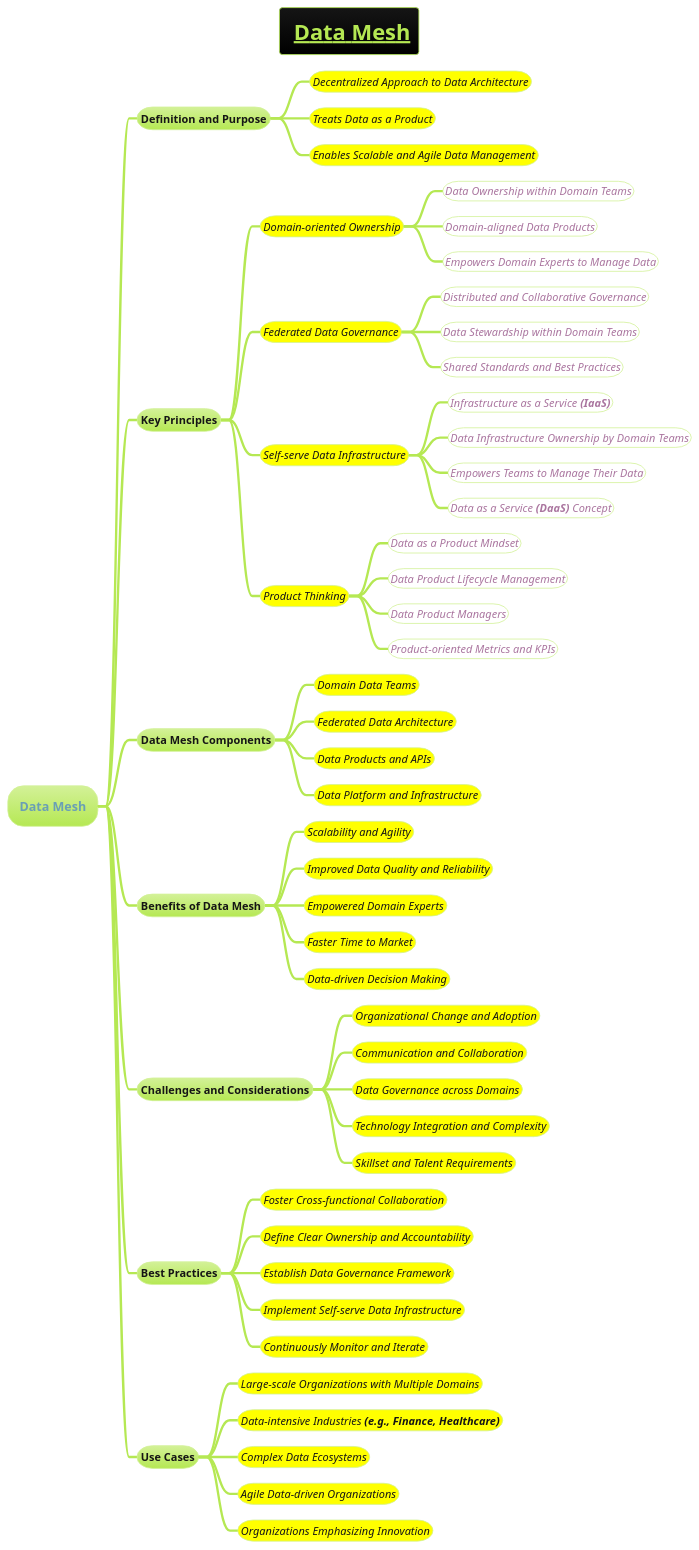
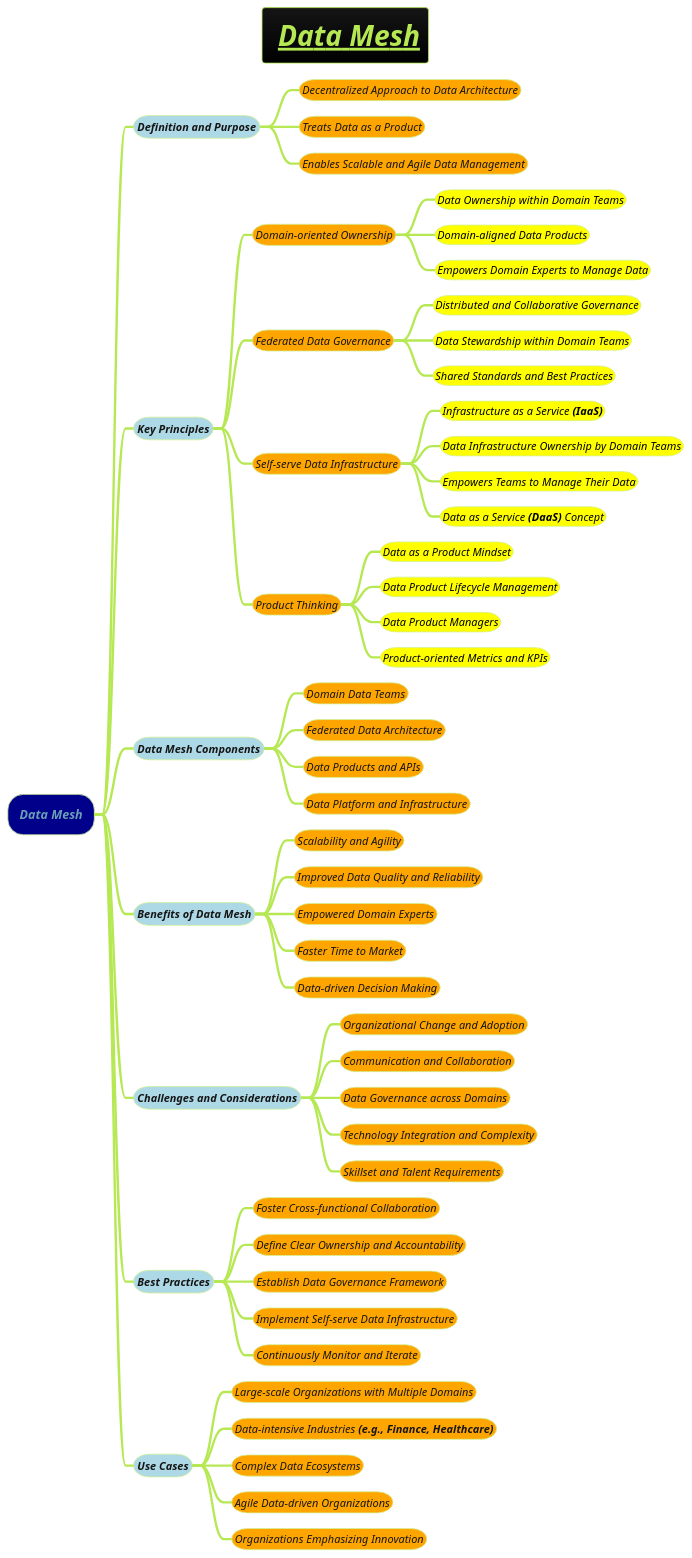
One commit to MehmoodHashmi/Documentation-as-Code-DaC changed the diagram in docs/AI-ML- DL-Data-Science-and-BigData/data-science/data-engineering/data-storage-and-management/Data-Mesh.puml. Above: the diagram before and after it, drawn with PlantUML. The commit also changed 24 other files, not shown here.

```diff
--- a/docs/AI-ML- DL-Data-Science-and-BigData/data-science/data-engineering/data-storage-and-management/Data-Mesh.puml
+++ b/docs/AI-ML- DL-Data-Science-and-BigData/data-science/data-engineering/data-storage-and-management/Data-Mesh.puml
@@ -1,77 +1,69 @@
 @startmindmap
-skinparam node {
-    BorderColor DarkSlateGray
-    BackgroundColor LightCyan
-    FontStyle italic
-}
-skinparam connector {
-    Color DarkSlateGray
-    FontStyle Bold
-}
+
 !theme hacker
-title =__ Data Mesh__
-* Data Mesh
+title =<i><u><b> Data Mesh
+*[#darkblue] <i>Data Mesh
 
-** Definition and Purpose
-***[#yellow] ====<size:14>Decentralized Approach to Data Architecture
-***[#yellow] ====<size:14>Treats Data as a Product
-***[#yellow] ====<size:14>Enables Scalable and Agile Data Management
+**[#lightblue] <i><size:14>Definition and Purpose
+***[#orange] <i><size:14>Decentralized Approach to Data Architecture
+***[#orange] <i><size:14>Treats Data as a Product
+***[#orange] <i><size:14>Enables Scalable and Agile Data Management
 
-** Key Principles
-***[#yellow] ====<size:14>Domain-oriented Ownership
-****[#white] ====<size:14>Data Ownership within Domain Teams
-****[#white] ====<size:14>Domain-aligned Data Products
-****[#white] ====<size:14>Empowers Domain Experts to Manage Data
+**[#lightblue] <i><size:14>Key Principles
+***[#orange] <i><size:14>Domain-oriented Ownership
+****[#yellow] <color #black><i><size:14>Data Ownership within Domain Teams
+****[#yellow] <color #black><i><size:14>Domain-aligned Data Products
+****[#yellow] <color #black><i><size:14>Empowers Domain Experts to Manage Data
 
-***[#yellow] ====<size:14>Federated Data Governance
-****[#white] ====<size:14>Distributed and Collaborative Governance
-****[#white] ====<size:14>Data Stewardship within Domain Teams
-****[#white] ====<size:14>Shared Standards and Best Practices
+***[#orange] <i><size:14>Federated Data Governance
+****[#yellow] <color #black><i><size:14>Distributed and Collaborative Governance
+****[#yellow] <color #black><i><size:14>Data Stewardship within Domain Teams
+****[#yellow] <color #black><i><size:14>Shared Standards and Best Practices
 
-***[#yellow] ====<size:14>Self-serve Data Infrastructure
-****[#white] ====<size:14>Infrastructure as a Service **(IaaS)**
-****[#white] ====<size:14>Data Infrastructure Ownership by Domain Teams
-****[#white] ====<size:14>Empowers Teams to Manage Their Data
-****[#white] ====<size:14>Data as a Service **(DaaS)** Concept
+***[#orange] <i><size:14>Self-serve Data Infrastructure
+****[#yellow] <color #black><i><size:14>Infrastructure as a Service **(IaaS)**
+****[#yellow] <color #black><i><size:14>Data Infrastructure Ownership by Domain Teams
+****[#yellow] <color #black><i><size:14>Empowers Teams to Manage Their Data
+****[#yellow] <color #black><i><size:14>Data as a Service **(DaaS)** Concept
 
-***[#yellow] ====<size:14>Product Thinking
-****[#white] ====<size:14>Data as a Product Mindset
-****[#white] ====<size:14>Data Product Lifecycle Management
-****[#white] ====<size:14>Data Product Managers
-****[#white] ====<size:14>Product-oriented Metrics and KPIs
+***[#orange] <i><size:14>Product Thinking
+****[#yellow] <color #black><i><size:14>Data as a Product Mindset
+****[#yellow] <color #black><i><size:14>Data Product Lifecycle Management
+****[#yellow] <color #black><i><size:14>Data Product Managers
+****[#yellow] <color #black><i><size:14>Product-oriented Metrics and KPIs
 
-** Data Mesh Components
-***[#yellow] ====<size:14>Domain Data Teams
-***[#yellow] ====<size:14>Federated Data Architecture
-***[#yellow] ====<size:14>Data Products and APIs
-***[#yellow] ====<size:14>Data Platform and Infrastructure
+**[#lightblue] <i><size:14>Data Mesh Components
+***[#orange] <i><size:14>Domain Data Teams
+***[#orange] <i><size:14>Federated Data Architecture
+***[#orange] <i><size:14>Data Products and APIs
+***[#orange] <i><size:14>Data Platform and Infrastructure
 
-** Benefits of Data Mesh
-***[#yellow] ====<size:14>Scalability and Agility
-***[#yellow] ====<size:14>Improved Data Quality and Reliability
-***[#yellow] ====<size:14>Empowered Domain Experts
-***[#yellow] ====<size:14>Faster Time to Market
-***[#yellow] ====<size:14>Data-driven Decision Making
+**[#lightblue] <i><size:14>Benefits of Data Mesh
+***[#orange] <i><size:14>Scalability and Agility
+***[#orange] <i><size:14>Improved Data Quality and Reliability
+***[#orange] <i><size:14>Empowered Domain Experts
+***[#orange] <i><size:14>Faster Time to Market
+***[#orange] <i><size:14>Data-driven Decision Making
 
-** Challenges and Considerations
-***[#yellow] ====<size:14>Organizational Change and Adoption
-***[#yellow] ====<size:14>Communication and Collaboration
-***[#yellow] ====<size:14>Data Governance across Domains
-***[#yellow] ====<size:14>Technology Integration and Complexity
-***[#yellow] ====<size:14>Skillset and Talent Requirements
+**[#lightblue] <i><size:14>Challenges and Considerations
+***[#orange] <i><size:14>Organizational Change and Adoption
+***[#orange] <i><size:14>Communication and Collaboration
+***[#orange] <i><size:14>Data Governance across Domains
+***[#orange] <i><size:14>Technology Integration and Complexity
+***[#orange] <i><size:14>Skillset and Talent Requirements
 
-** Best Practices
-***[#yellow] ====<size:14>Foster Cross-functional Collaboration
-***[#yellow] ====<size:14>Define Clear Ownership and Accountability
-***[#yellow] ====<size:14>Establish Data Governance Framework
-***[#yellow] ====<size:14>Implement Self-serve Data Infrastructure
-***[#yellow] ====<size:14>Continuously Monitor and Iterate
+**[#lightblue] <i><size:14>Best Practices
+***[#orange] <i><size:14>Foster Cross-functional Collaboration
+***[#orange] <i><size:14>Define Clear Ownership and Accountability
+***[#orange] <i><size:14>Establish Data Governance Framework
+***[#orange] <i><size:14>Implement Self-serve Data Infrastructure
+***[#orange] <i><size:14>Continuously Monitor and Iterate
 
-** Use Cases
-***[#yellow] ====<size:14>Large-scale Organizations with Multiple Domains
-***[#yellow] ====<size:14>Data-intensive Industries **(e.g., Finance, Healthcare)**
-***[#yellow] ====<size:14>Complex Data Ecosystems
-***[#yellow] ====<size:14>Agile Data-driven Organizations
-***[#yellow] ====<size:14>Organizations Emphasizing Innovation
+**[#lightblue] <i><size:14>Use Cases
+***[#orange] <i><size:14>Large-scale Organizations with Multiple Domains
+***[#orange] <i><size:14>Data-intensive Industries **(e.g., Finance, Healthcare)**
+***[#orange] <i><size:14>Complex Data Ecosystems
+***[#orange] <i><size:14>Agile Data-driven Organizations
+***[#orange] <i><size:14>Organizations Emphasizing Innovation
 
 @endmindmap
```
